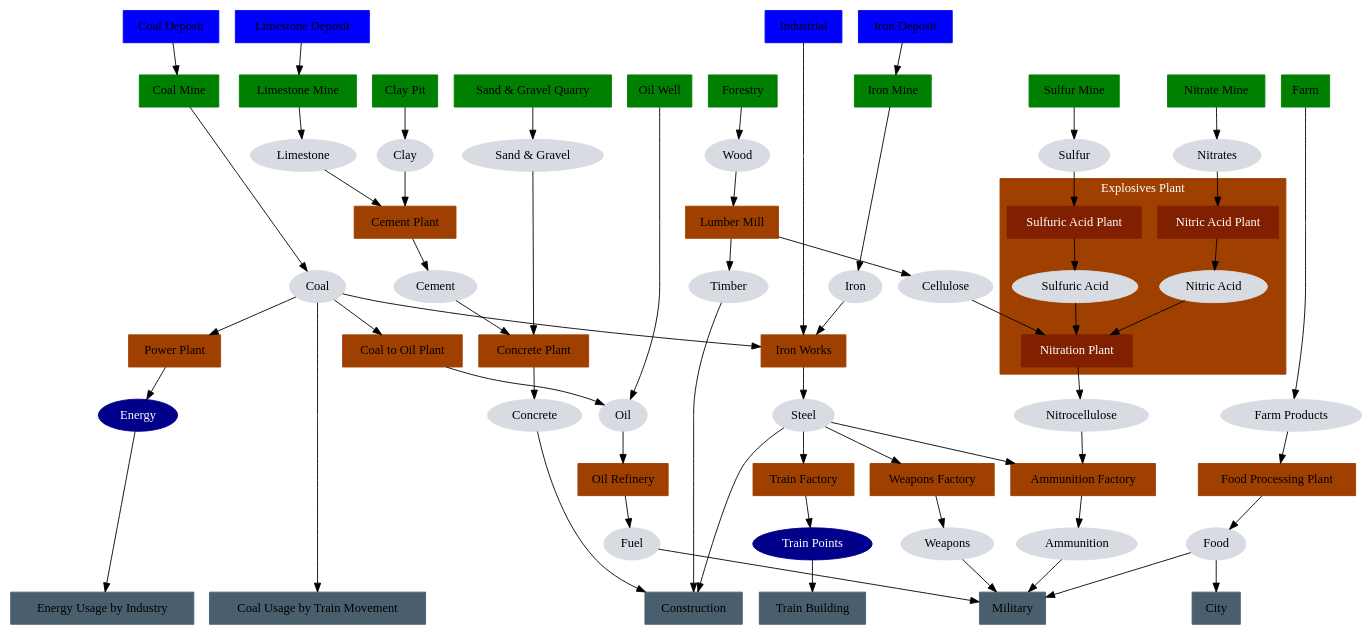
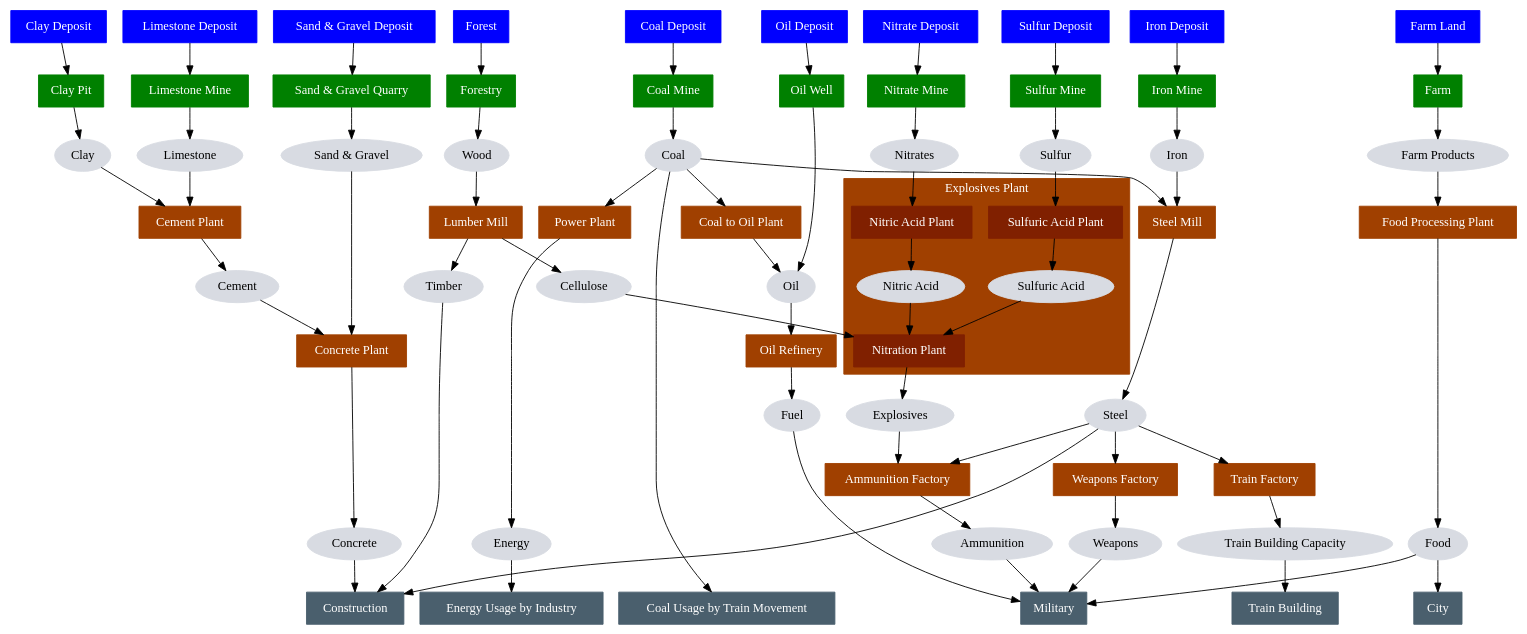
The diagram in flow.dot (jurisk/train-simulator), drawn with Graphviz before and after one commit. The commit also changed 5 other files, not shown here.

```diff
--- a/flow.dot
+++ b/flow.dot
@@ -1,173 +1,198 @@
 digraph G {
+    node [style = filled, fontcolor = white];
+
     // Zoning
-    node [shape = box, color = blue, style = filled];
+    node [shape = box, color = blue];
+    ClayDeposit [label = "Clay Deposit"];
     CoalDeposit [label = "Coal Deposit"];
+    FarmLand [label = "Farm Land"];
     IronDeposit [label = "Iron Deposit"];
-    Industrial [label = "Industrial"];
     LimestoneDeposit [label = "Limestone Deposit"];
+    NitrateDeposit [label = "Nitrate Deposit"];
+    OilDeposit [label = "Oil Deposit"];
+    SandAndGravelDeposit [label = "Sand & Gravel Deposit"];
+    SulfurDeposit [label = "Sulfur Deposit"];
+    Forest [label = "Forest"];
 
-    { rank = same; CoalDeposit; IronDeposit; Industrial; LimestoneDeposit; }
+    { rank = same; ClayDeposit; CoalDeposit; FarmLand; IronDeposit; LimestoneDeposit; NitrateDeposit; OilDeposit; SandAndGravelDeposit; SulfurDeposit; Forest; }
 
     // Raw materials extraction
     node [shape = box, color = green, style = filled];
     CoalMine [label = "Coal Mine"];
     IronMine [label = "Iron Mine"];
     Forestry [label = "Forestry"];
     SulfurMine [label = "Sulfur Mine"];
     NitrateMine [label = "Nitrate Mine"];
     OilWell [label = "Oil Well"];
     LimestoneMine [label = "Limestone Mine"];
     ClayPit [label = "Clay Pit"];
     SandAndGravelQuarry [label = "Sand & Gravel Quarry"];
     Farm [label = "Farm"];
     { rank = same; CoalMine; IronMine; Forestry; SulfurMine; NitrateMine; OilWell; LimestoneMine; ClayPit; SandAndGravelQuarry; Farm; }
 
     node [shape = box, color = "#a04000"];
-    // https://en.wikipedia.org/wiki/Basic_oxygen_steelmaking
-    IronWorks [label = "Iron Works"];
+    // https://en.wikipedia.org/wiki/Ferrous_metallurgy
+    SteelMill [label = "Steel Mill"];
     WeaponsFactory [label = "Weapons Factory"];
     TrainFactory [label = "Train Factory"];
     LumberMill [label = "Lumber Mill"];
     AmmunitionFactory [label = "Ammunition Factory"];
     OilRefinery [label = "Oil Refinery"];
     CementPlant [label = "Cement Plant"];
     ConcretePlant [label = "Concrete Plant"];
     FoodProcessingPlant [label = "Food Processing Plant"];
     PowerPlant [label = "Power Plant"];
     CoalToOilPlant [label = "Coal to Oil Plant"];
 
     subgraph cluster_ExplosivesPlant {
         // This is being built together as otherwise it becomes too much micro-management
         // Later: Should we be considering the TNT aspects too?
         // See https://en.wikipedia.org/wiki/TNT#Preparation and https://en.wikipedia.org/wiki/Toluene#Production
         style = filled;
         color = "#a04000";
         fontcolor = white;
         label = "Explosives Plant";
         node [shape = box, color = "#802000", fontcolor = white];
 
         NitricAcidPlant [label = "Nitric Acid Plant"];
         SulfuricAcidPlant [label = "Sulfuric Acid Plant"];
         NitrationPlant [label = "Nitration Plant"];
 
         node [shape = ellipse, color = "#D8DBE2", fontcolor = black, style = filled];
         NitricAcid [label = "Nitric Acid"];
         SulfuricAcid [label = "Sulfuric Acid"];
     }
 
     // Final consumers
     node [shape = box, color = "#4A5F6D"];
     Construction [label = "Construction"];
     Military [label = "Military"];
     CoalUsageByTrainMovement [label = "Coal Usage by Train Movement"]
     TrainBuilding [label = "Train Building"];
     PowerPlant [label = "Power Plant"];
     City [label = "City"];
     EnergyUsageByIndustry [label = "Energy Usage by Industry"];
     { rank = same; Construction; Military; CoalUsageByTrainMovement; TrainBuilding; EnergyUsageByIndustry; City; }
 
     node [shape = ellipse, color = "#D8DBE2", fontcolor = black];
+    // Later: There is also https://en.wikipedia.org/wiki/Coke_(fuel)
     Coal [label = "Coal"];
     Iron [label = "Iron"];
     Oil [label = "Oil"];
     Fuel [label = "Fuel"];
+    // Later: What about https://en.wikipedia.org/wiki/Nitrogen_fixation#Industrial_processes and https://en.wikipedia.org/wiki/Haber_process ?
+    // Should it be `Nitrates` or perhaps `Ammonia`?
     Nitrates [label = "Nitrates"];
     Sulfur [label = "Sulfur"];
-    Nitrocellulose [label = "Nitrocellulose"];
+    // It is `Nitrocellulose` and `TNT`
+    Explosives [label = "Explosives"];
     Timber [label = "Timber"];
     Cellulose [label = "Cellulose"];
     Concrete [label = "Concrete"];
     Cement [label = "Cement"];
     SandAndGravel [label = "Sand & Gravel"];
     Clay [label = "Clay"];
     Limestone [label = "Limestone"];
     Weapons [label = "Weapons"];
     Ammunition [label = "Ammunition"];
     Steel [label = "Steel"];
     FarmProducts [label = "Farm Products"];
     Wood [label = "Wood"];
     Food [label = "Food"];
+    { rank = same; Coal; Iron; Nitrates; Sulfur; FarmProducts; Nitrates; Sulfur; Wood; Limestone; Clay; SandAndGravel; }
+    { rank = same; Energy; TrainBuildingCapacity; Weapons; Ammunition; Food; Concrete; }
+    // TODO HIGH: What about `Troops` as cargo being transported?
+    // Later: What about Tanks & Armored Vehicles?
+    // Later: What about Horses & Mules?
+    // Later: What about Rubber & Textiles?
+    // Later: Lead and other metals?
 
     node [color = "darkblue", fontcolor = white];
     Energy [label = "Energy"];
-    TrainPoints [label = "Train Points"];
+    TrainBuildingCapacity [label = "Train Building Capacity"];
 
     CoalDeposit -> CoalMine;
     IronDeposit -> IronMine;
-    Industrial -> IronWorks;
 
     CoalMine -> Coal;
-    Coal -> IronWorks;
+    Coal -> SteelMill;
     Coal -> CoalUsageByTrainMovement;
     Coal -> PowerPlant;
     PowerPlant -> Energy;
     Energy -> EnergyUsageByIndustry;
 
     IronMine -> Iron;
-    Iron -> IronWorks;
+    Iron -> SteelMill;
 
+    OilDeposit -> OilWell;
     OilWell -> Oil;
     Oil -> OilRefinery;
     OilRefinery -> Fuel;
     Fuel -> Military;
 
     NitrateMine -> Nitrates;
     Nitrates -> NitricAcidPlant;
 
     SulfurMine -> Sulfur;
     Sulfur -> SulfuricAcidPlant;
 
+    Forest -> Forestry;
     Forestry -> Wood;
     Wood -> LumberMill;
     LumberMill -> Cellulose;
     Cellulose -> NitrationPlant;
     LumberMill -> Timber;
     Timber -> Construction;
 
+    NitrateDeposit -> NitrateMine;
     NitricAcidPlant -> NitricAcid;
     NitricAcid -> NitrationPlant;
 
+    SulfurDeposit -> SulfurMine;
     SulfuricAcidPlant -> SulfuricAcid;
     SulfuricAcid -> NitrationPlant;
 
-    NitrationPlant -> Nitrocellulose;
-    Nitrocellulose -> AmmunitionFactory;
+    NitrationPlant -> Explosives;
+    Explosives -> AmmunitionFactory;
 
     AmmunitionFactory -> Ammunition;
     Ammunition -> Military;
     WeaponsFactory -> Weapons;
     Weapons -> Military;
 
-    IronWorks -> Steel;
+    SteelMill -> Steel;
     Steel -> AmmunitionFactory;
     Steel -> WeaponsFactory;
     Steel -> Construction;
     Steel -> TrainFactory;
-    TrainFactory -> TrainPoints;
-    TrainPoints -> TrainBuilding;
+    TrainFactory -> TrainBuildingCapacity;
+    TrainBuildingCapacity -> TrainBuilding;
 
     LimestoneDeposit -> LimestoneMine;
     LimestoneMine -> Limestone;
     Limestone -> CementPlant;
 
+    ClayDeposit -> ClayPit;
     ClayPit -> Clay;
     Clay -> CementPlant;
 
     CementPlant -> Cement;
     Cement -> ConcretePlant;
 
+    SandAndGravelDeposit -> SandAndGravelQuarry;
     SandAndGravelQuarry -> SandAndGravel;
     SandAndGravel -> ConcretePlant;
 
     ConcretePlant -> Concrete;
     Concrete -> Construction;
 
+    FarmLand -> Farm;
     Farm -> FarmProducts;
     FarmProducts -> FoodProcessingPlant;
     FoodProcessingPlant -> Food;
     Food -> Military;
     Food -> City;
 
     Coal -> CoalToOilPlant;
     CoalToOilPlant -> Oil;
 }
```
